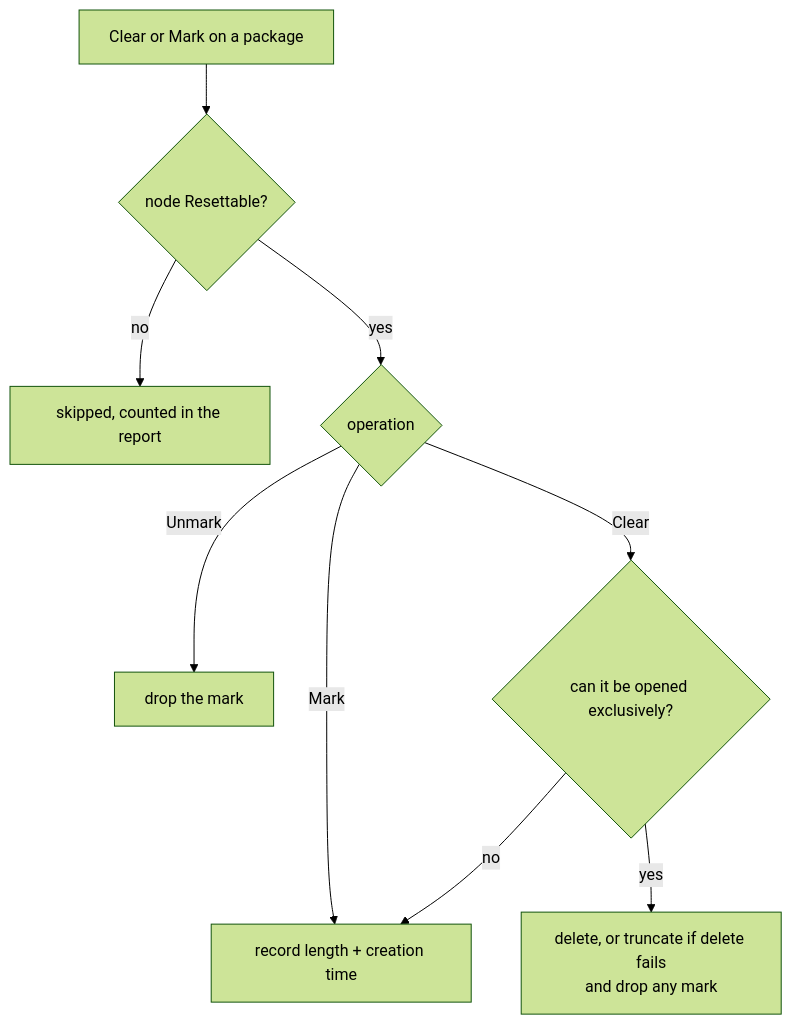
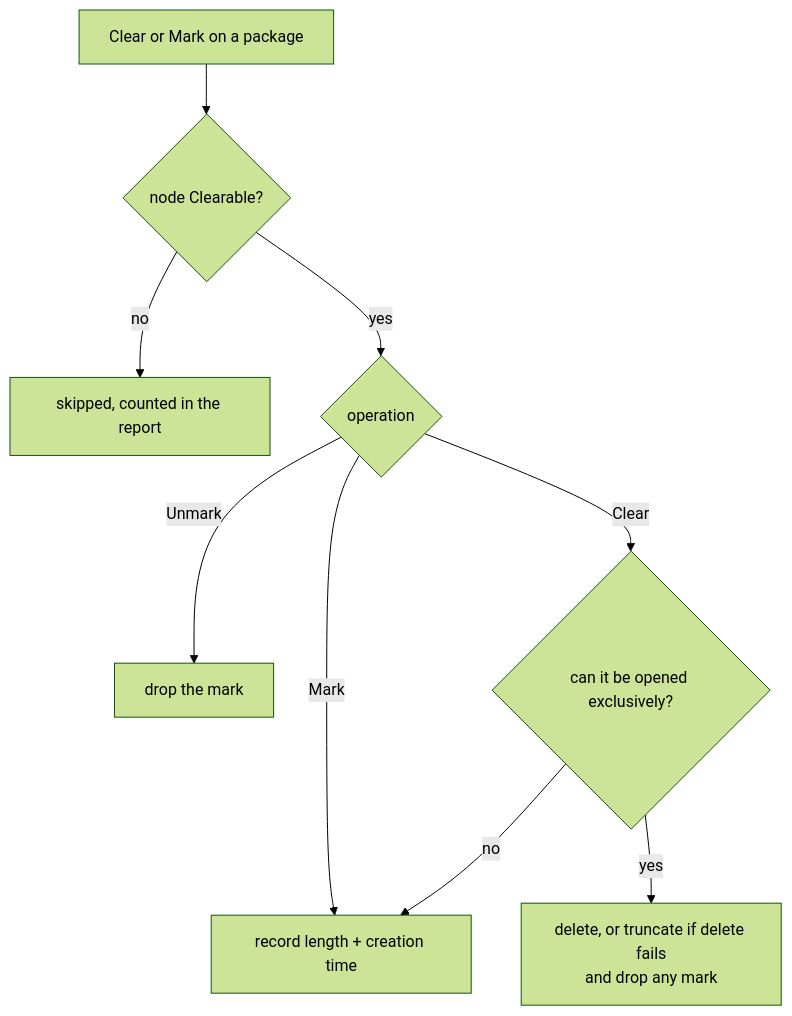
Before and after one commit to pjanec/dirigent: the diagram in docs/MarkAndClear.md, drawn with Mermaid (forest theme). The commit also changed other lines of this file and 1 other file, not shown here.

First line of the commit message:
docs: the flag is Clearable (3.1.18.16)

````diff
--- a/docs/MarkAndClear.md
+++ b/docs/MarkAndClear.md
@@ -194,11 +195,11 @@
 ```mermaid
 flowchart TD
-    A[Clear or Mark on a package] --> B{node Resettable?}
+    A[Clear or Mark on a package] --> B{node Clearable?}
     B -- no --> S[skipped, counted in the report]
     B -- yes --> C{operation}
     C -- Mark --> M[record length + creation time]
     C -- Unmark --> U[drop the mark]
     C -- Clear --> D{can it be opened exclusively?}
     D -- yes --> E[delete, or truncate if delete fails<br/>and drop any mark]
     D -- no --> M
 ```
````
